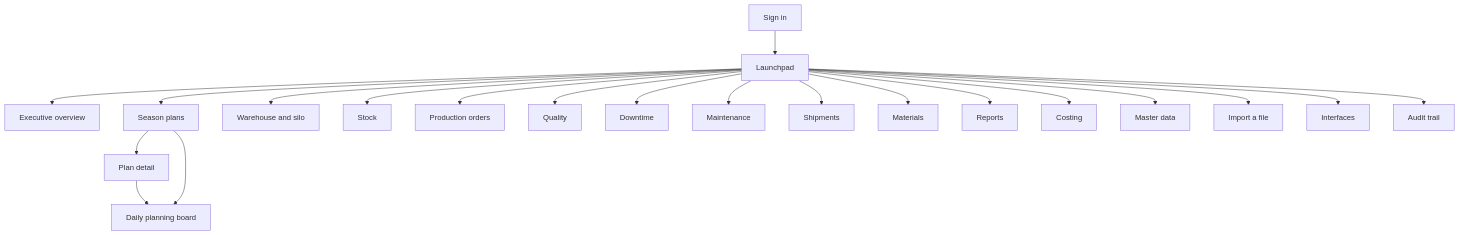
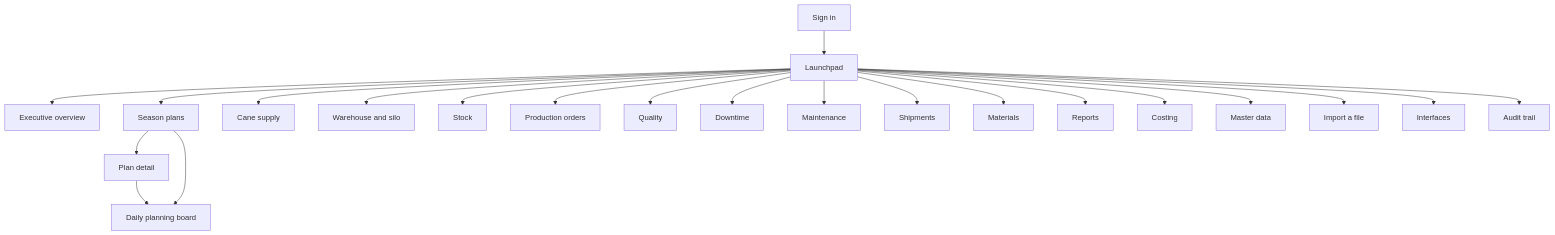
One commit to Sovanna2011/Claude-Code changed the diagram in sugar-planning/docs/08-ui-sitemap.md. Above: the diagram before and after it, drawn with Mermaid. The commit also changed other lines of this file and 44 other files, not shown here.

````diff
--- a/sugar-planning/docs/08-ui-sitemap.md
+++ b/sugar-planning/docs/08-ui-sitemap.md
@@ -11,23 +11,24 @@
 ```mermaid
 flowchart TD
     L[Sign in] --> H[Launchpad]
     H --> O[Executive overview]
     H --> P[Season plans]
     P --> PD[Plan detail]
     PD --> B[Daily planning board]
     P --> B
+    H --> CS[Cane supply]
     H --> W[Warehouse and silo]
     H --> ST[Stock]
     H --> PO[Production orders]
     H --> Q[Quality]
     H --> DT[Downtime]
     H --> MN[Maintenance]
     H --> S[Shipments]
     H --> M[Materials]
     H --> R[Reports]
     H --> C[Costing]
     H --> MD[Master data]
     H --> IM[Import a file]
     H --> I[Interfaces]
     H --> A[Audit trail]
 ```
````
